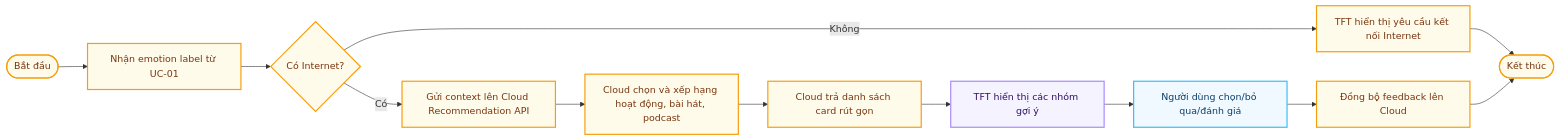
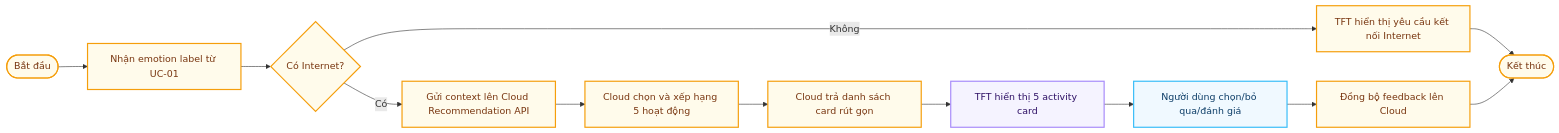
The third of 6 diagrams in docs/Spectification/EmotiCareAIoT/03_Objectives.md (Computer-Vision-HCMUS/AIoT-Server), drawn with Mermaid before and after one commit. The commit also changed other lines of this file and 19 other files, not shown here.

First line of the commit message:
Refactor EmotiCare AIoT schema and documentation

````diff
--- a/docs/Spectification/EmotiCareAIoT/03_Objectives.md
+++ b/docs/Spectification/EmotiCareAIoT/03_Objectives.md
@@ -230,29 +211,29 @@
 ```mermaid
 flowchart LR
     Start([Bắt đầu])
     Emotion["Nhận emotion label từ UC-01"]
     Online{"Có Internet?"}
     NeedNet["TFT hiển thị yêu cầu kết nối Internet"]
     Send["Gửi context lên Cloud Recommendation API"]
-    Rank["Cloud chọn và xếp hạng hoạt động, bài hát, podcast"]
+    Rank["Cloud chọn và xếp hạng 5 hoạt động"]
     Return["Cloud trả danh sách card rút gọn"]
-    Display["TFT hiển thị các nhóm gợi ý"]
+    Display["TFT hiển thị 5 activity card"]
     Feedback["Người dùng chọn/bỏ qua/đánh giá"]
     Save["Đồng bộ feedback lên Cloud"]
     End([Kết thúc])
 
     Start --> Emotion --> Online
     Online -- "Không" --> NeedNet --> End
     Online -- "Có" --> Send --> Rank --> Return --> Display --> Feedback --> Save --> End
 
 
     classDef userNode stroke:#818cf8,fill:#eef2ff,stroke-width:2px,color:#1e1b4b
     classDef edgeNode stroke:#a78bfa,fill:#f5f3ff,stroke-width:2px,color:#2e1065
     classDef cacheNode stroke:#2dd4bf,fill:#f0fdfa,stroke-width:2px,color:#0d5a57
     classDef cloudNode stroke:#38bdf8,fill:#f0f9ff,stroke-width:2px,color:#0c3d67
     classDef serviceNode stroke:#4ade80,fill:#f0fdf4,stroke-width:2px,color:#1a3a1a
     classDef actionNode stroke:#f59e0b,fill:#fffbeb,stroke-width:2px,color:#78350f
     class Display edgeNode
     class Feedback cloudNode
     class Start,Emotion,Online,NeedNet,Send,Rank,Return,Save,End actionNode
 ```
````
